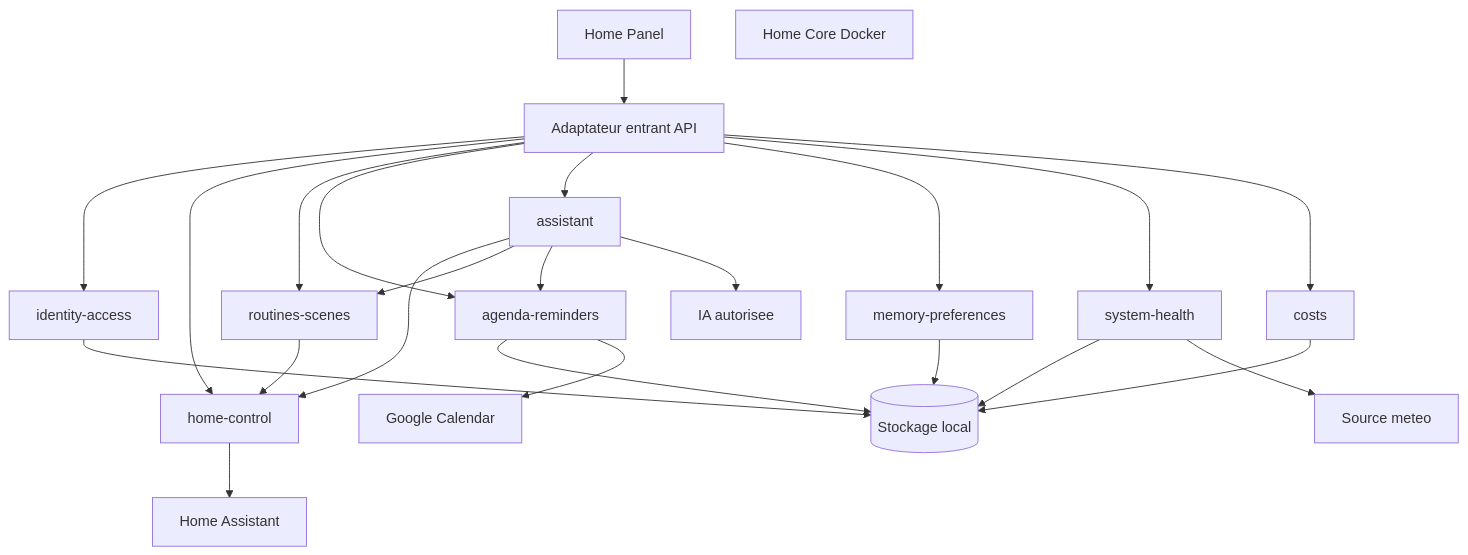
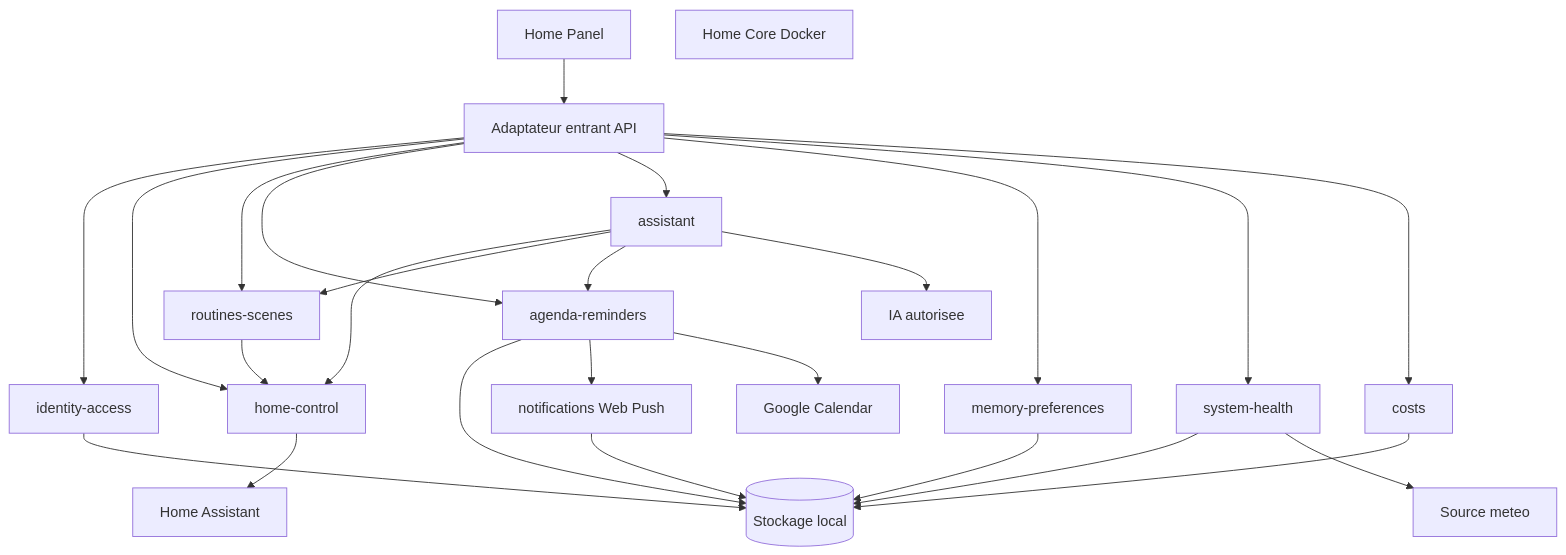
Before and after one commit to clementortiz134595/HOME-AI: the diagram in poles/technique/home-core/diagrammes/architecture-modulaire.mmd, drawn with Mermaid. The commit also changed 30 other files, not shown here.

Commit message:
feat(reminders): ajoute les notifications web push

```diff
--- a/poles/technique/home-core/diagrammes/architecture-modulaire.mmd
+++ b/poles/technique/home-core/diagrammes/architecture-modulaire.mmd
@@ -1,40 +1,43 @@
 flowchart TB
     panel[Home Panel]
     core[Home Core Docker]
     api[Adaptateur entrant API]
     auth[identity-access]
     controls[home-control]
     routines[routines-scenes]
     agenda[agenda-reminders]
     assistant[assistant]
     memory[memory-preferences]
     health[system-health]
     costs[costs]
+    notifications[notifications Web Push]
     storage[(Stockage local)]
     homeAssistant[Home Assistant]
     google[Google Calendar]
     ai[IA autorisee]
     weather[Source meteo]
 
     panel --> api
     api --> auth
     api --> controls
     api --> routines
     api --> agenda
     api --> assistant
     api --> memory
     api --> health
     api --> costs
     assistant --> controls
     assistant --> routines
     assistant --> agenda
     routines --> controls
     auth --> storage
     agenda --> storage
+    agenda --> notifications
+    notifications --> storage
     memory --> storage
     health --> storage
     costs --> storage
     controls --> homeAssistant
     agenda --> google
     assistant --> ai
     health --> weather
```
